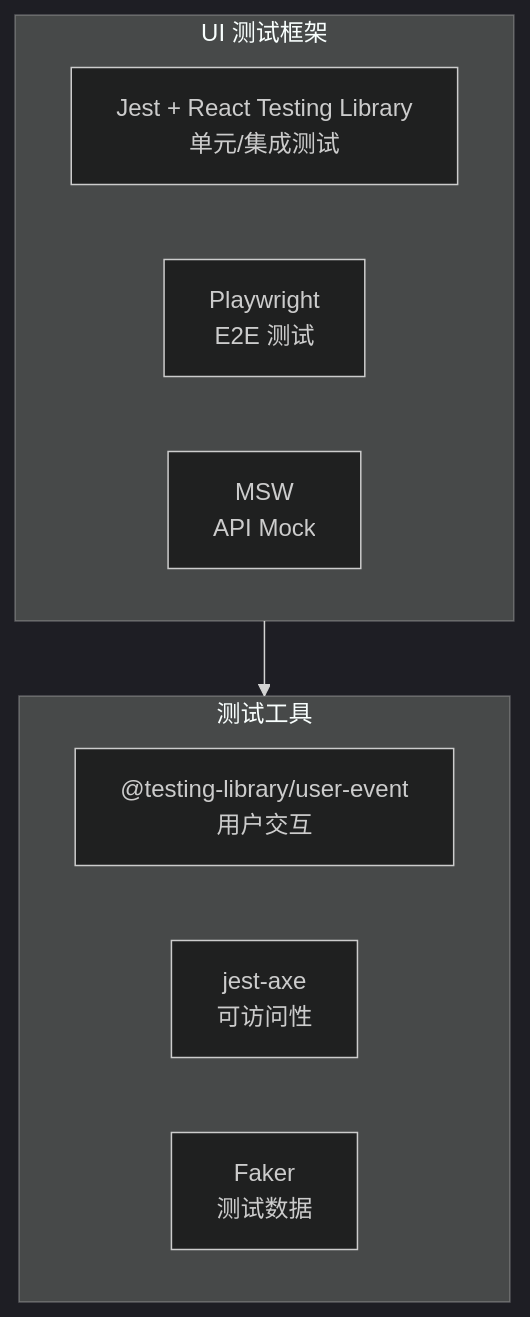
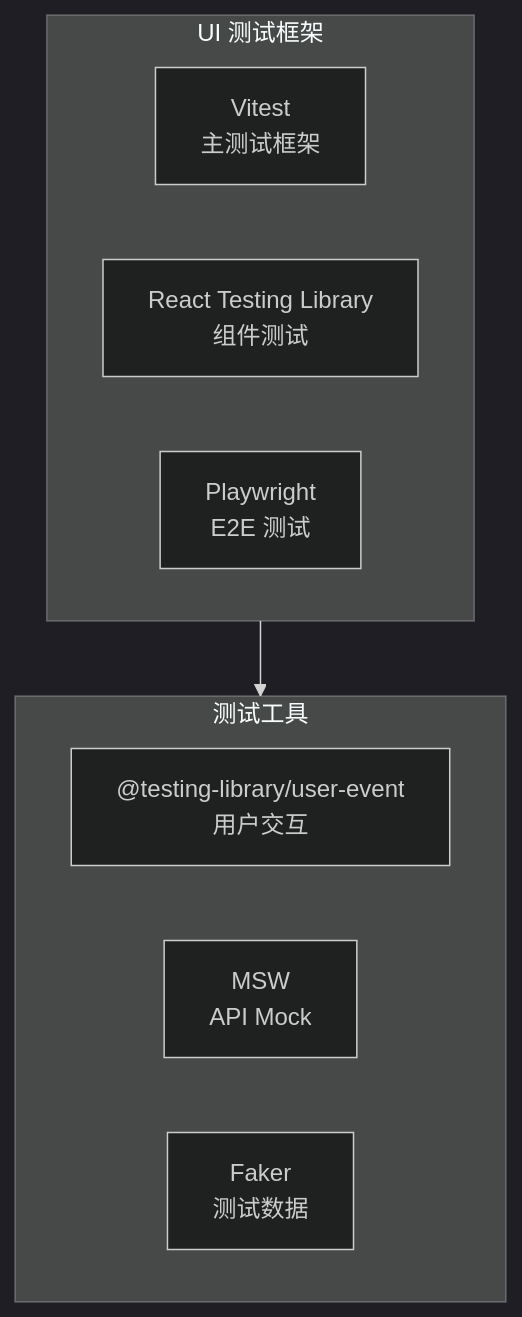
Before and after one commit to ThreeFish-AI/agentic-ai-cognizes: the third of 4 diagrams in docs/004-testing.md, drawn with Mermaid (dark theme). The commit also changed other lines of this file and 1 other file, not shown here.

First line of the commit message:
docs(Test): 更新测试文档以反映 Vitest 迁移

````diff
--- a/docs/004-testing.md
+++ b/docs/004-testing.md
@@ -194,16 +194,16 @@
 ```mermaid
 graph TB
     subgraph UI-Testing["UI 测试框架"]
-        A["Jest + React Testing Library<br/>单元/集成测试"]
-        B["Playwright<br/>E2E 测试"]
-        C["MSW<br/>API Mock"]
+        A["Vitest<br/>主测试框架"]
+        B["React Testing Library<br/>组件测试"]
+        C["Playwright<br/>E2E 测试"]
     end
 
     subgraph UI-Tools["测试工具"]
         D["@testing-library/user-event<br/>用户交互"]
-        E["jest-axe<br/>可访问性"]
+        E["MSW<br/>API Mock"]
         F["Faker<br/>测试数据"]
     end
 
     UI-Testing --> UI-Tools
 ```
````
